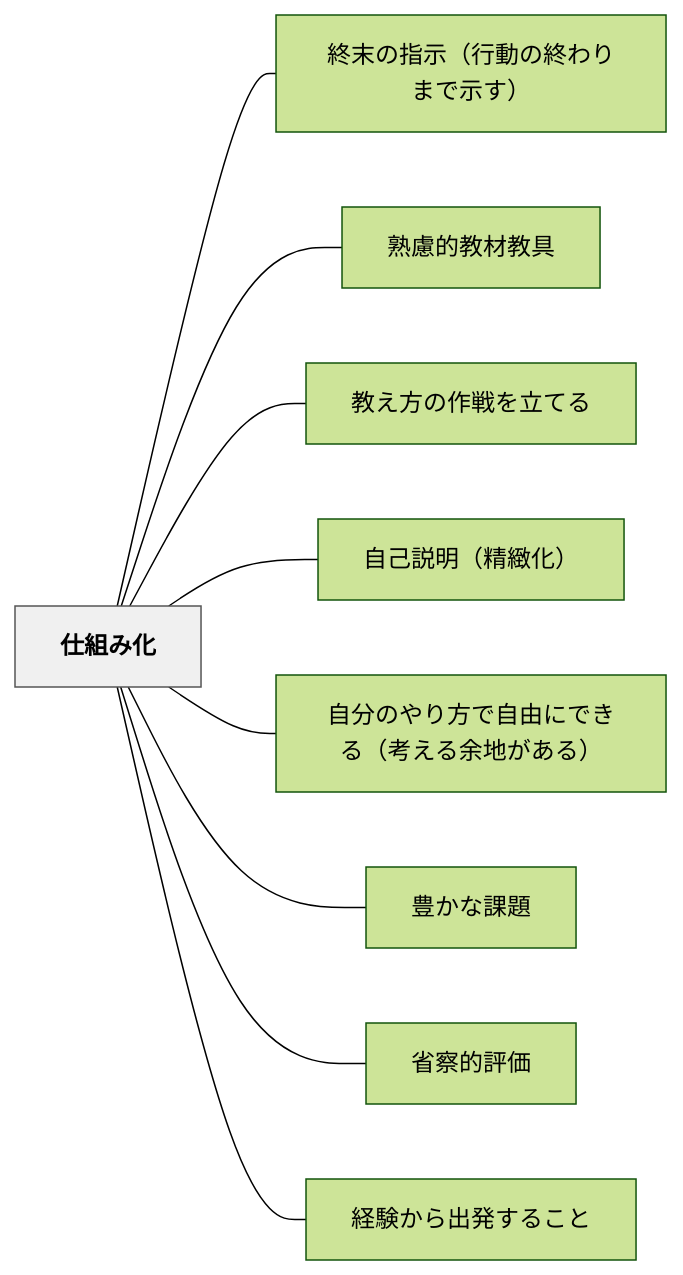
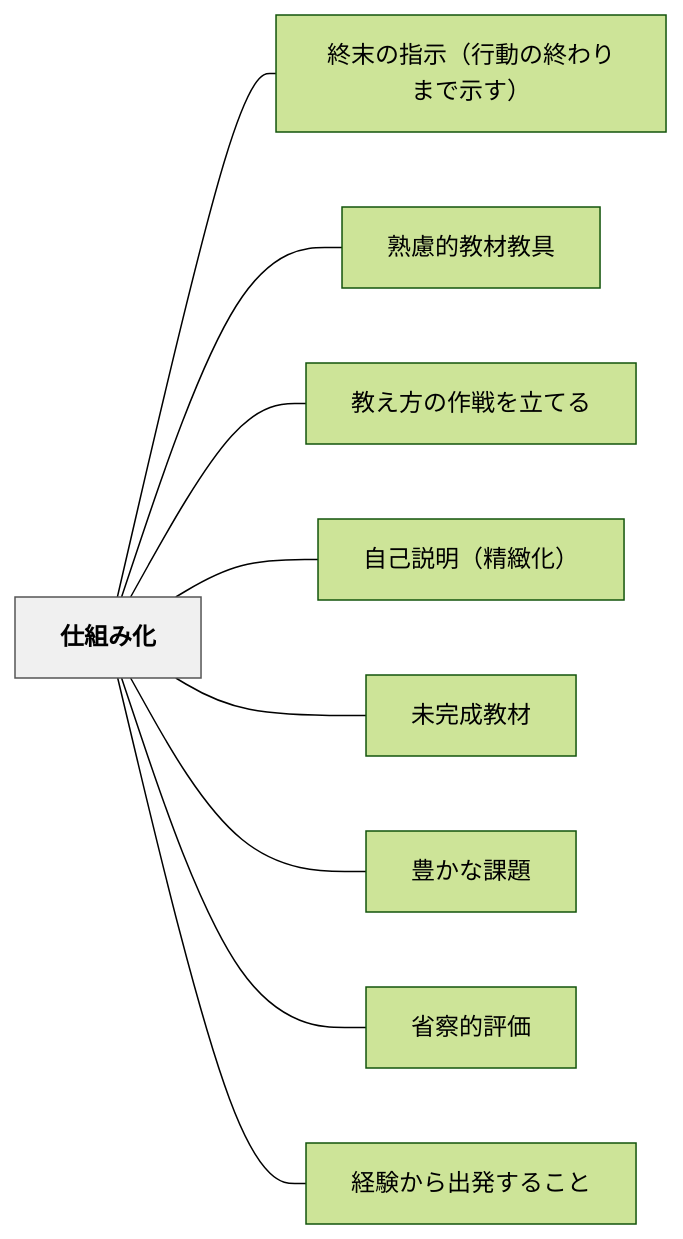
The diagram in content/パタン/仕組み化.md (unknownthings-ed-patterns/unknownthings-ed-patterns), drawn with Mermaid (forest theme) before and after one commit. The commit also changed other lines of this file and 34 other files, not shown here.

````diff
--- a/content/パタン/仕組み化.md
+++ b/content/パタン/仕組み化.md
@@ -51,24 +51,24 @@
 ```mermaid
 flowchart LR
     ne4bb95e7b584e381bfe58c96["仕組み化"]
     ne7b582e69cabe381aee68c87e7a4baefbc88e8a18ce58b95e381aee7b582e3828fe3828ae381bee381a7e7a4bae38199efbc89["終末の指示（行動の終わりまで示す）"]
     ne7869fe685aee79a84e69599e69d90e69599e585b7["熟慮的教材教具"]
     ne69599e38188e696b9e381aee4bd9ce688a6e38292e7ab8be381a6e3828b["教え方の作戦を立てる"]
     ne887aae5b7b1e8aaace6988eefbc88e7b2bee7b7bbe58c96efbc89["自己説明（精緻化）"]
-    ne887aae58886e381aee38284e3828ae696b9e381a7e887aae794b1e381abe381a7e3818de3828befbc88e88083e38188e3828be4bd99e59cb0e3818ce38182e3828befbc89["自分のやり方で自由にできる（考える余地がある）"]
+    ne69caae5ae8ce68890e69599e69d90["未完成教材"]
     ne8b18ae3818be381aae8aab2e9a18c["豊かな課題"]
     ne79c81e5af9fe79a84e8a995e4bea1["省察的評価"]
     ne7b58ce9a893e3818be38289e587bae799bae38199e3828be38193e381a8["経験から出発すること"]
 
     ne4bb95e7b584e381bfe58c96 --- ne7b582e69cabe381aee68c87e7a4baefbc88e8a18ce58b95e381aee7b582e3828fe3828ae381bee381a7e7a4bae38199efbc89
     ne4bb95e7b584e381bfe58c96 --- ne7869fe685aee79a84e69599e69d90e69599e585b7
     ne4bb95e7b584e381bfe58c96 --- ne69599e38188e696b9e381aee4bd9ce688a6e38292e7ab8be381a6e3828b
     ne4bb95e7b584e381bfe58c96 --- ne887aae5b7b1e8aaace6988eefbc88e7b2bee7b7bbe58c96efbc89
-    ne4bb95e7b584e381bfe58c96 --- ne887aae58886e381aee38284e3828ae696b9e381a7e887aae794b1e381abe381a7e3818de3828befbc88e88083e38188e3828be4bd99e59cb0e3818ce38182e3828befbc89
+    ne4bb95e7b584e381bfe58c96 --- ne69caae5ae8ce68890e69599e69d90
     ne4bb95e7b584e381bfe58c96 --- ne8b18ae3818be381aae8aab2e9a18c
     ne4bb95e7b584e381bfe58c96 --- ne79c81e5af9fe79a84e8a995e4bea1
     ne4bb95e7b584e381bfe58c96 --- ne7b58ce9a893e3818be38289e587bae799bae38199e3828be38193e381a8
 
     classDef hub fill:#f0f0f0,stroke:#555,color:#000,font-weight:bold
     class ne4bb95e7b584e381bfe58c96 hub
 ```
````
